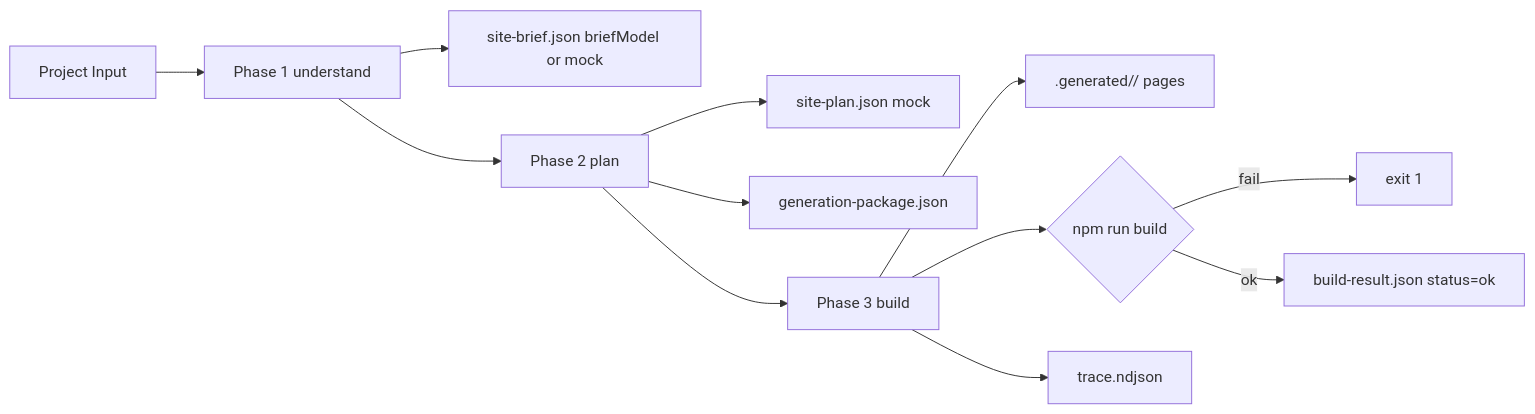
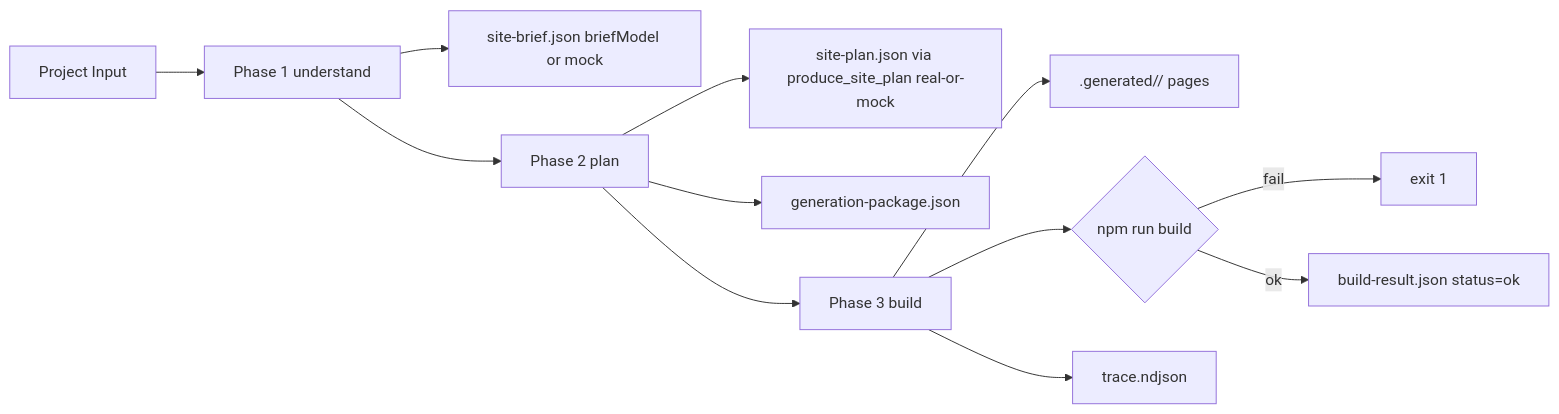
One commit to Jakeminator123/sajtbyggaren changed the diagram in docs/architecture/builder-mvp.md. Above: the diagram before and after it, drawn with Mermaid. The commit also changed other lines of this file and 22 other files, not shown here.

````diff
--- a/docs/architecture/builder-mvp.md
+++ b/docs/architecture/builder-mvp.md
@@ -15,14 +15,14 @@
 ```mermaid
 flowchart LR
   Input[Project Input] --> Phase1[Phase 1 understand]
   Phase1 --> Brief[site-brief.json briefModel or mock]
   Phase1 --> Phase2[Phase 2 plan]
-  Phase2 --> Plan[site-plan.json mock]
+  Phase2 --> Plan[site-plan.json via produce_site_plan real-or-mock]
   Phase2 --> Pkg[generation-package.json]
   Phase2 --> Phase3[Phase 3 build]
   Phase3 --> Files[".generated/<siteId>/ pages"]
   Phase3 --> Npm{"npm run build"}
   Npm -->|fail| Fail[exit 1]
   Npm -->|ok| Result[build-result.json status=ok]
   Phase3 --> Trace[trace.ndjson]
 ```
````
